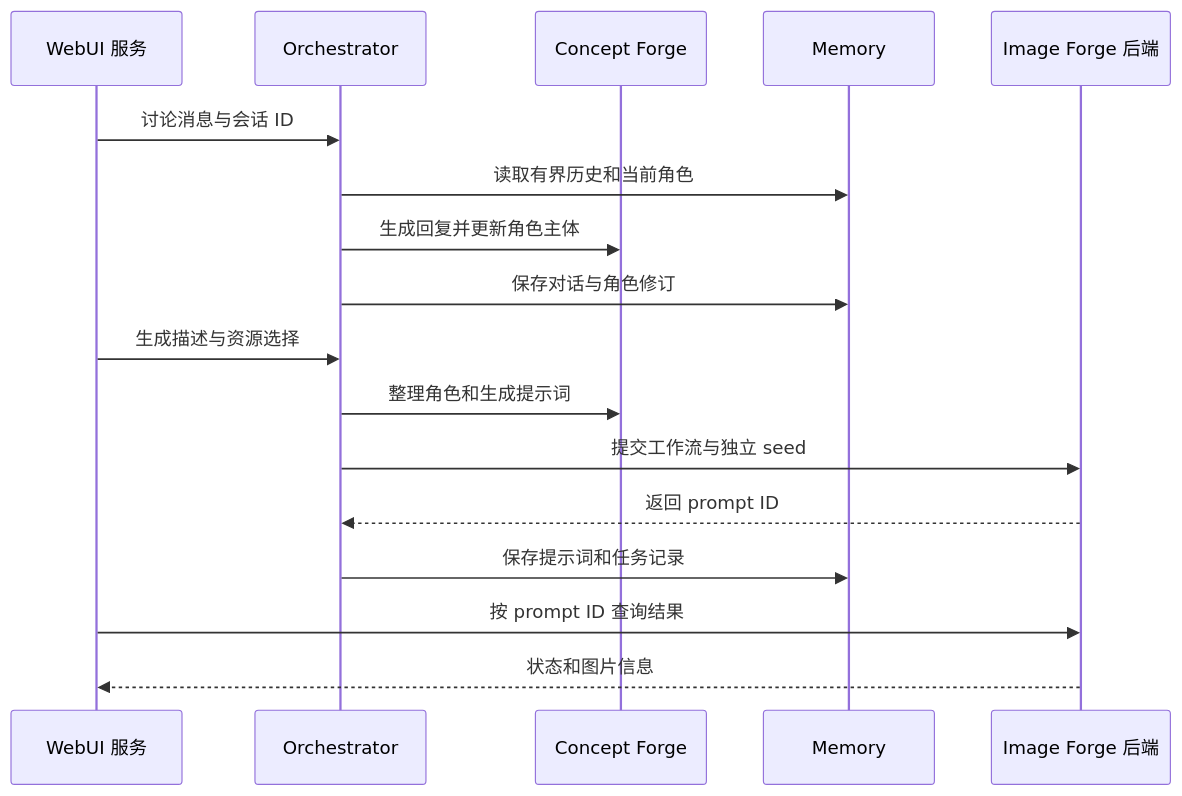
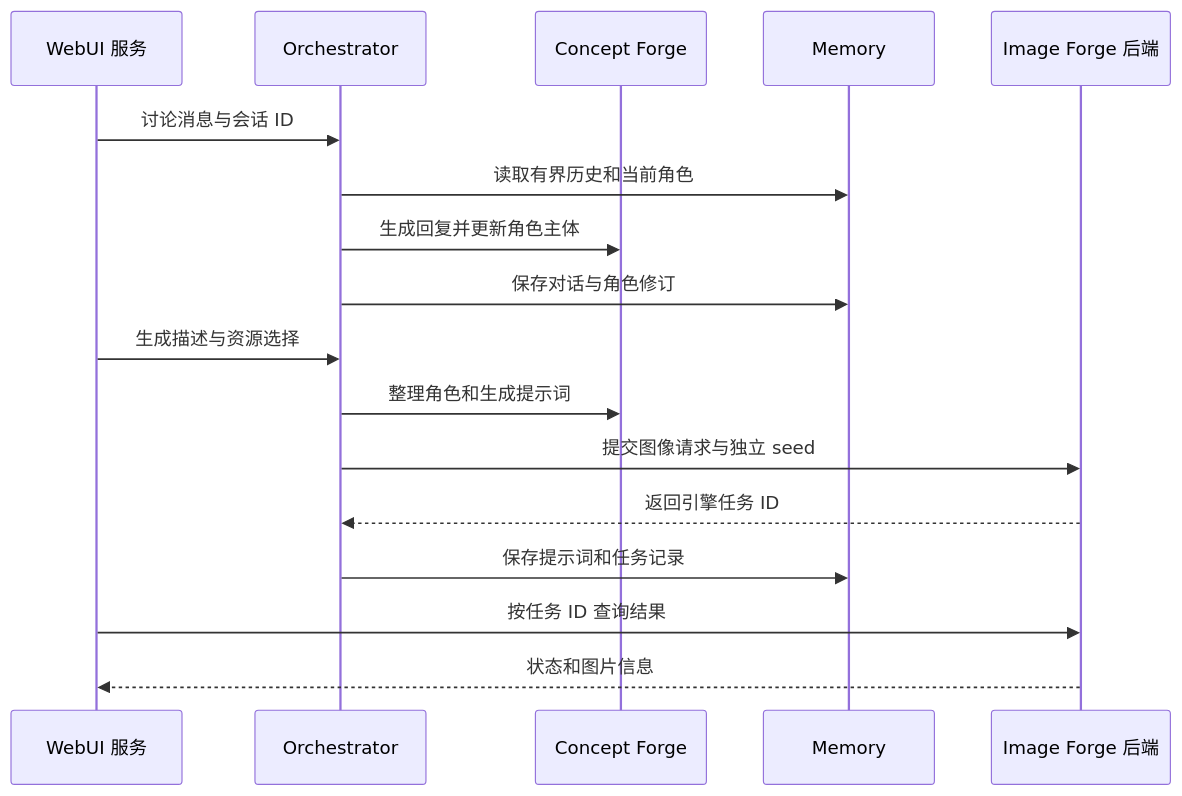
The diagram in Docs/Architecture.zh-CN.md (jhinforge/EverSpark-Forge), drawn with Mermaid before and after one commit. The commit also changed other lines of this file and 11 other files, not shown here.

````diff
--- a/Docs/Architecture.zh-CN.md
+++ b/Docs/Architecture.zh-CN.md
@@ -21,19 +21,19 @@
 ```mermaid
 sequenceDiagram
     participant W as WebUI 服务
     participant O as Orchestrator
     participant C as Concept Forge
     participant M as Memory
     participant I as Image Forge 后端
     W->>O: 讨论消息与会话 ID
     O->>M: 读取有界历史和当前角色
     O->>C: 生成回复并更新角色主体
     O->>M: 保存对话与角色修订
     W->>O: 生成描述与资源选择
     O->>C: 整理角色和生成提示词
-    O->>I: 提交工作流与独立 seed
-    I-->>O: 返回 prompt ID
+    O->>I: 提交图像请求与独立 seed
+    I-->>O: 返回引擎任务 ID
     O->>M: 保存提示词和任务记录
-    W->>I: 按 prompt ID 查询结果
+    W->>I: 按任务 ID 查询结果
     I-->>W: 状态和图片信息
 ```
````
